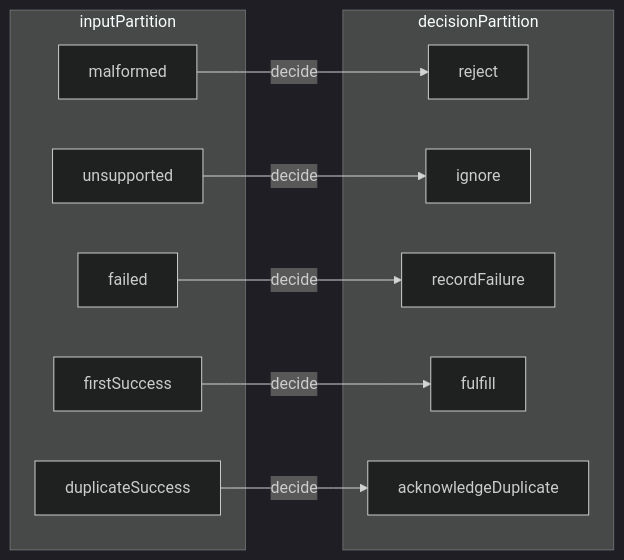
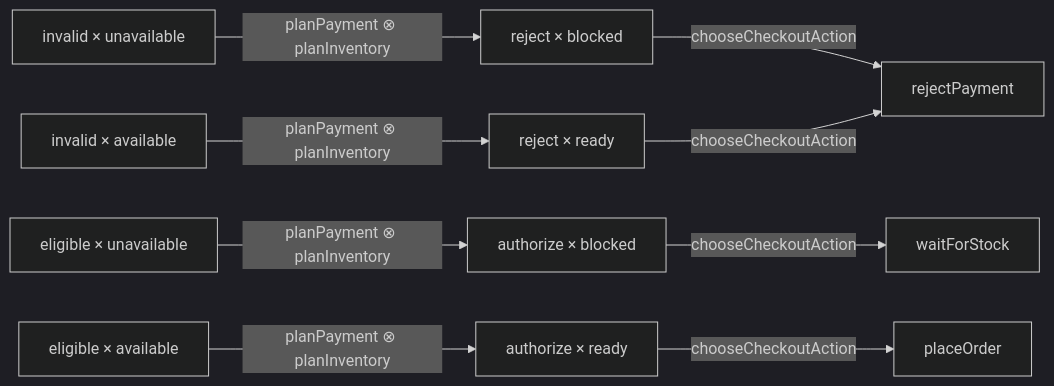
One commit to mrvanish97/archiscript changed the second of 2 diagrams in README.md. Above: the diagram before and after it, drawn with Mermaid (dark theme). The commit also changed other lines of this file and 5 other files, not shown here.

````diff
--- a/README.md
+++ b/README.md
@@ -213,22 +421,7 @@
 ```mermaid
 flowchart LR
-  subgraph INPUT["inputPartition"]
-    S0["malformed"]
-    S1["unsupported"]
-    S2["failed"]
-    S3["firstSuccess"]
-    S4["duplicateSuccess"]
-  end
-  subgraph DECISION["decisionPartition"]
-    T0["reject"]
-    T1["ignore"]
-    T2["recordFailure"]
-    T3["fulfill"]
-    T4["acknowledgeDuplicate"]
-  end
-  S0 -->|"decide"| T0
-  S1 -->|"decide"| T1
-  S2 -->|"decide"| T2
-  S3 -->|"decide"| T3
-  S4 -->|"decide"| T4
+  A["invalid × unavailable"] -->|"planPayment ⊗ planInventory"| A1["reject × blocked"] -->|"chooseCheckoutAction"| X["rejectPayment"]
+  B["invalid × available"] -->|"planPayment ⊗ planInventory"| B1["reject × ready"] -->|"chooseCheckoutAction"| X
+  C["eligible × unavailable"] -->|"planPayment ⊗ planInventory"| C1["authorize × blocked"] -->|"chooseCheckoutAction"| Y["waitForStock"]
+  D["eligible × available"] -->|"planPayment ⊗ planInventory"| D1["authorize × ready"] -->|"chooseCheckoutAction"| Z["placeOrder"]
 ```
````
